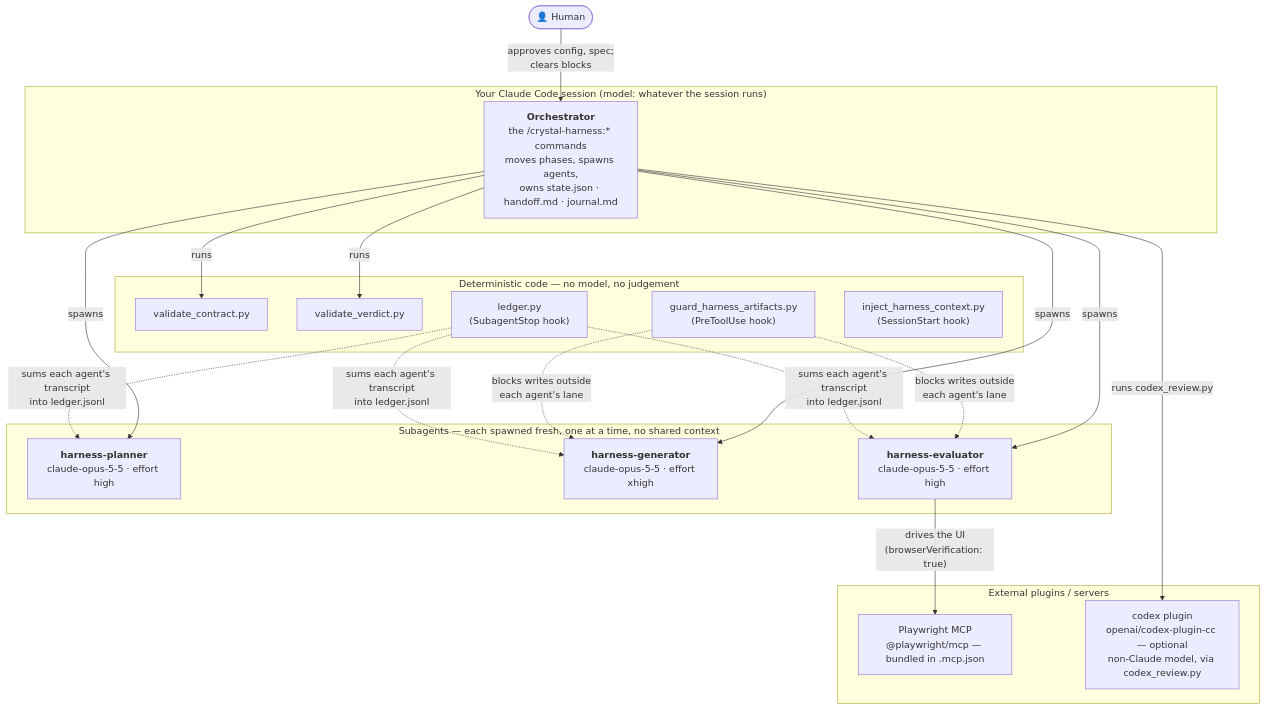
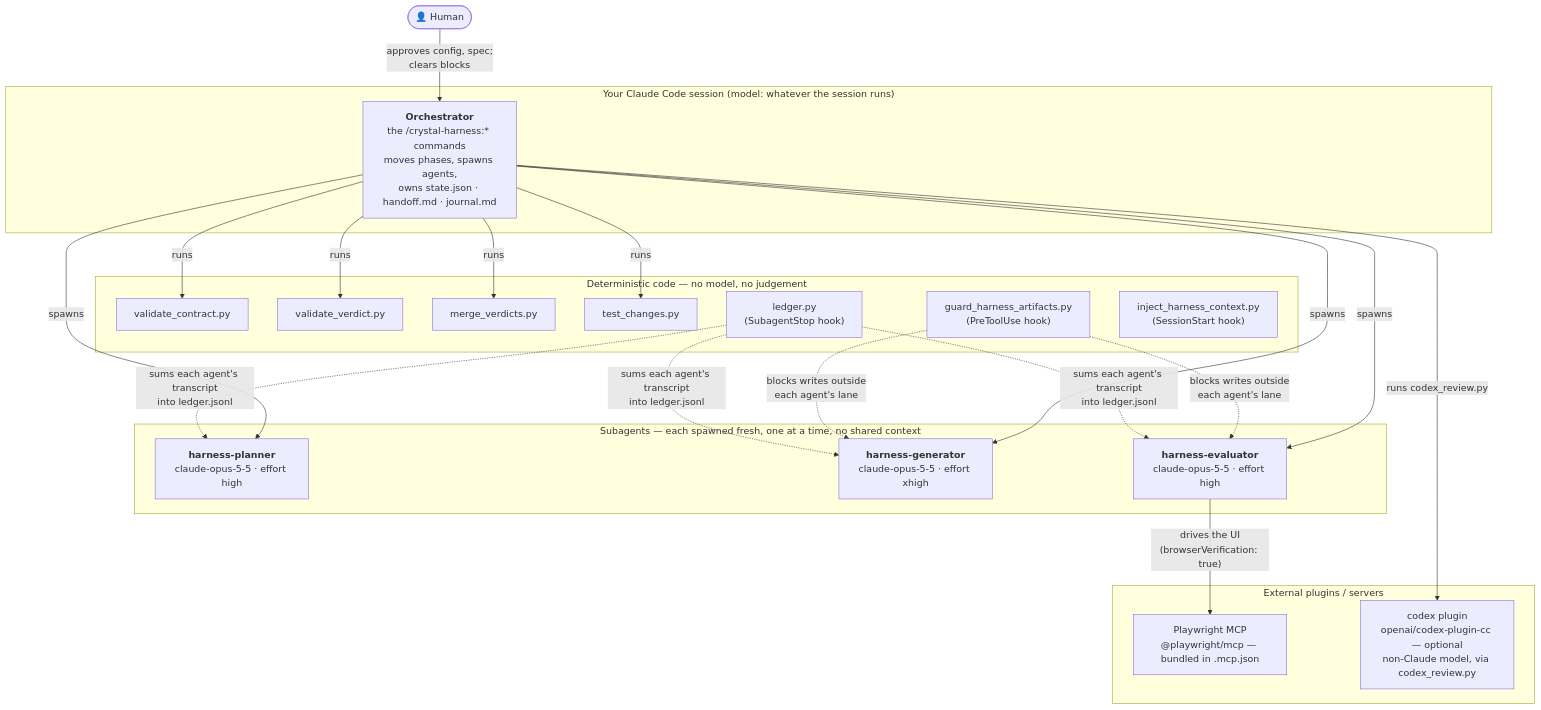
One commit to YukiTominaga/claude-harness changed the first of 3 diagrams in README.md. Above: the diagram before and after it, drawn with Mermaid. The commit also changed other lines of this file and 27 other files, not shown here.

````diff
--- a/README.md
+++ b/README.md
@@ -32,35 +32,37 @@
 ```mermaid
 flowchart TB
     human(["👤 Human"])
 
     subgraph session["Your Claude Code session (model: whatever the session runs)"]
         orch["<b>Orchestrator</b><br/>the /crystal-harness:* commands<br/>moves phases, spawns agents,<br/>owns state.json · handoff.md · journal.md"]
     end
 
     subgraph agents["Subagents — each spawned fresh, one at a time, no shared context"]
         planner["<b>harness-planner</b><br/>claude-opus-5-5 · effort high"]
         gen["<b>harness-generator</b><br/>claude-opus-5-5 · effort xhigh"]
         evalr["<b>harness-evaluator</b><br/>claude-opus-5-5 · effort high"]
     end
 
     subgraph det["Deterministic code — no model, no judgement"]
         vc["validate_contract.py"]
         vv["validate_verdict.py"]
+        mv["merge_verdicts.py"]
+        tc["test_changes.py"]
         led["ledger.py<br/>(SubagentStop hook)"]
         guard["guard_harness_artifacts.py<br/>(PreToolUse hook)"]
         inject["inject_harness_context.py<br/>(SessionStart hook)"]
     end
 
     subgraph ext["External plugins / servers"]
         pw["Playwright MCP<br/>@playwright/mcp — bundled in .mcp.json"]
         codex["codex plugin<br/>openai/codex-plugin-cc — optional<br/>non-Claude model, via codex_review.py"]
     end
 
     human -- "approves config, spec;<br/>clears blocks" --> orch
     orch -- spawns --> planner & gen & evalr
-    orch -- runs --> vc & vv
+    orch -- runs --> vc & vv & mv & tc
     orch -- "runs codex_review.py" --> codex
     evalr -- "drives the UI<br/>(browserVerification: true)" --> pw
     guard -. "blocks writes outside<br/>each agent's lane" .-> gen & evalr
     led -. "sums each agent's transcript<br/>into ledger.jsonl" .-> planner & gen & evalr
 ```
````
